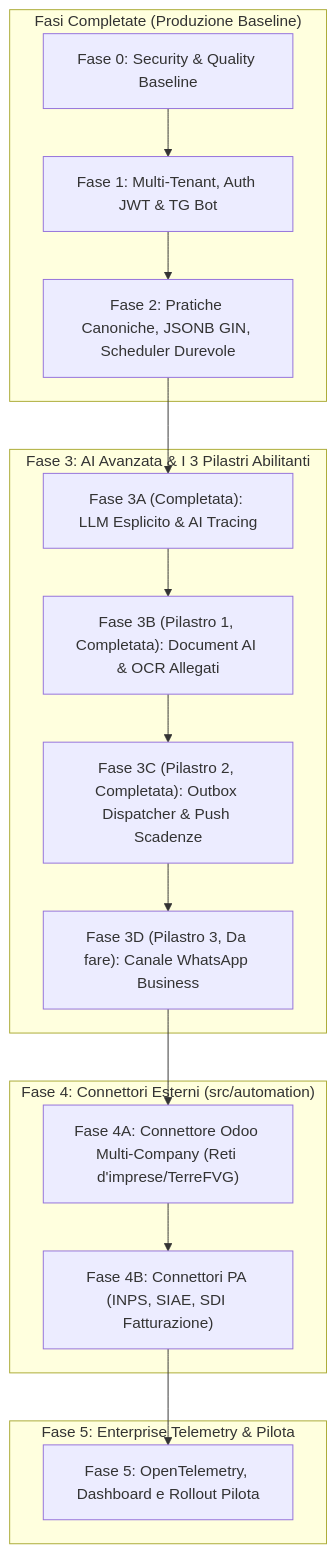
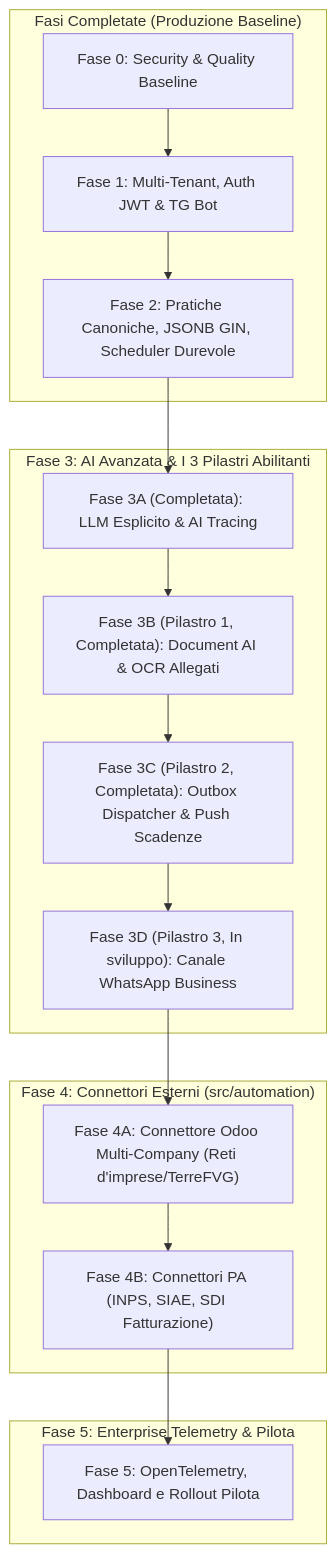
One commit to Sinfoni4/SinfonIA changed the diagram in docs/CRONOPROGRAMMA_EVOLUTIVO.md. Above: the diagram before and after it, drawn with Mermaid. The commit also changed other lines of this file and 24 other files, not shown here.

First line of the commit message:
feat(whatsapp): WhatsApp Business channel with parity with Telegram

````diff
--- a/docs/CRONOPROGRAMMA_EVOLUTIVO.md
+++ b/docs/CRONOPROGRAMMA_EVOLUTIVO.md
@@ -9,28 +9,28 @@
 ```mermaid
 flowchart TD
     subgraph COMPLETATO["Fasi Completate (Produzione Baseline)"]
         F0["Fase 0: Security & Quality Baseline"]
         F1["Fase 1: Multi-Tenant, Auth JWT & TG Bot"]
         F2["Fase 2: Pratiche Canoniche, JSONB GIN, Scheduler Durevole"]
         F0 --> F1 --> F2
     end
 
     subgraph ATTUALE["Fase 3: AI Avanzata & I 3 Pilastri Abilitanti"]
         F3A["Fase 3A (Completata): LLM Esplicito & AI Tracing"]
         F3B["Fase 3B (Pilastro 1, Completata): Document AI & OCR Allegati"]
         F3C["Fase 3C (Pilastro 2, Completata): Outbox Dispatcher & Push Scadenze"]
-        F3D["Fase 3D (Pilastro 3, Da fare): Canale WhatsApp Business"]
+        F3D["Fase 3D (Pilastro 3, In sviluppo): Canale WhatsApp Business"]
         F2 --> F3A --> F3B --> F3C --> F3D
     end
 
     subgraph AUTOMAZIONE["Fase 4: Connettori Esterni (src/automation)"]
         F4A["Fase 4A: Connettore Odoo Multi-Company (Reti d'imprese/TerreFVG)"]
         F4B["Fase 4B: Connettori PA (INPS, SIAE, SDI Fatturazione)"]
         F3D --> F4A --> F4B
     end
 
     subgraph HARDENING["Fase 5: Enterprise Telemetry & Pilota"]
         F5["Fase 5: OpenTelemetry, Dashboard e Rollout Pilota"]
         F4B --> F5
     end
 ```
````
